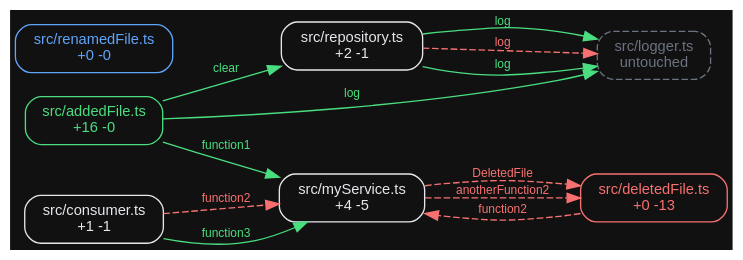
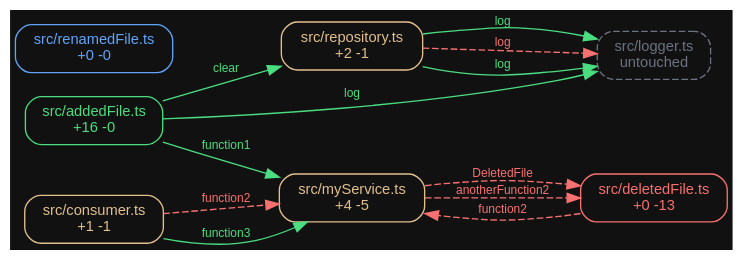
One commit to PowerEngine98/odin-pr-review changed the diagram in docs/examples/graph.dot. Above: the diagram before and after it, drawn with Graphviz. The commit also changed 7 other files, not shown here.

```diff
--- a/docs/examples/graph.dot
+++ b/docs/examples/graph.dot
@@ -1,26 +1,26 @@
 digraph odin {
   bgcolor="#111111";
   rankdir=LR;
   node [shape=box style=rounded fontname="Helvetica" fontsize=11];
   edge [fontname="Helvetica" fontsize=9];
 
   "n:9518c3291d8e" [label="src/addedFile.ts\n+16 -0" color="#4ade80" fontcolor="#4ade80" style="rounded"];
-  "n:a5d65acaa45a" [label="src/consumer.ts\n+1 -1" color="#e5e7eb" fontcolor="#e5e7eb" style="rounded"];
+  "n:a5d65acaa45a" [label="src/consumer.ts\n+1 -1" color="#e2c08d" fontcolor="#e2c08d" style="rounded"];
   "n:b2a4cf4d702e" [label="src/deletedFile.ts\n+0 -13" color="#f87171" fontcolor="#f87171" style="rounded"];
   "n:7ca9a636a596" [label="src/logger.ts\nuntouched" color="#6b7280" fontcolor="#6b7280" style="rounded,dashed"];
-  "n:5353548f9372" [label="src/myService.ts\n+4 -5" color="#e5e7eb" fontcolor="#e5e7eb" style="rounded"];
+  "n:5353548f9372" [label="src/myService.ts\n+4 -5" color="#e2c08d" fontcolor="#e2c08d" style="rounded"];
   "n:d26c6859c04e" [label="src/renamedFile.ts\n+0 -0" color="#60a5fa" fontcolor="#60a5fa" style="rounded"];
-  "n:c14920f42f50" [label="src/repository.ts\n+2 -1" color="#e5e7eb" fontcolor="#e5e7eb" style="rounded"];
+  "n:c14920f42f50" [label="src/repository.ts\n+2 -1" color="#e2c08d" fontcolor="#e2c08d" style="rounded"];
 
   "n:5353548f9372" -> "n:b2a4cf4d702e" [label="DeletedFile" color="#f87171" fontcolor="#f87171" style="dashed"];
   "n:5353548f9372" -> "n:b2a4cf4d702e" [label="anotherFunction2" color="#f87171" fontcolor="#f87171" style="dashed"];
   "n:9518c3291d8e" -> "n:7ca9a636a596" [label="log" color="#4ade80" fontcolor="#4ade80" style="solid"];
   "n:9518c3291d8e" -> "n:5353548f9372" [label="function1" color="#4ade80" fontcolor="#4ade80" style="solid"];
   "n:9518c3291d8e" -> "n:c14920f42f50" [label="clear" color="#4ade80" fontcolor="#4ade80" style="solid"];
   "n:a5d65acaa45a" -> "n:5353548f9372" [label="function3" color="#4ade80" fontcolor="#4ade80" style="solid"];
   "n:a5d65acaa45a" -> "n:5353548f9372" [label="function2" color="#f87171" fontcolor="#f87171" style="dashed"];
   "n:b2a4cf4d702e" -> "n:5353548f9372" [label="function2" color="#f87171" fontcolor="#f87171" style="dashed"];
   "n:c14920f42f50" -> "n:7ca9a636a596" [label="log" color="#f87171" fontcolor="#f87171" style="dashed"];
   "n:c14920f42f50" -> "n:7ca9a636a596" [label="log" color="#4ade80" fontcolor="#4ade80" style="solid"];
   "n:c14920f42f50" -> "n:7ca9a636a596" [label="log" color="#4ade80" fontcolor="#4ade80" style="solid"];
 }
```
